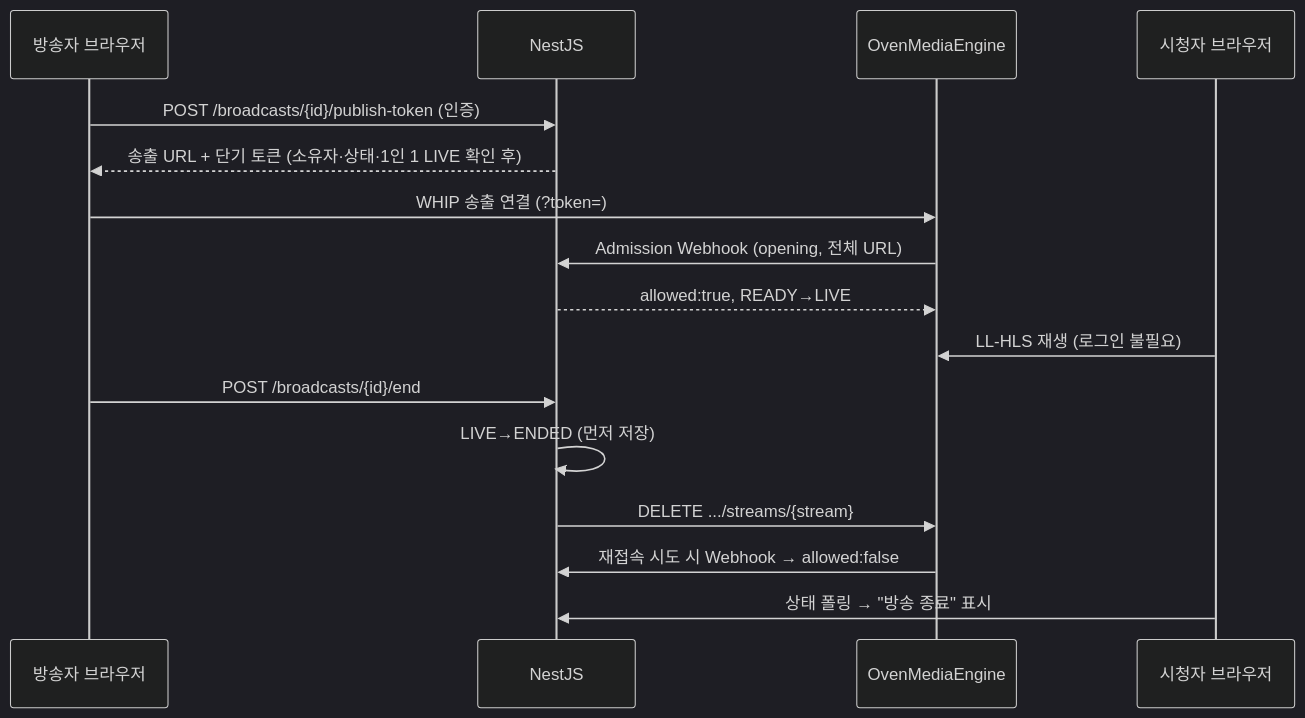
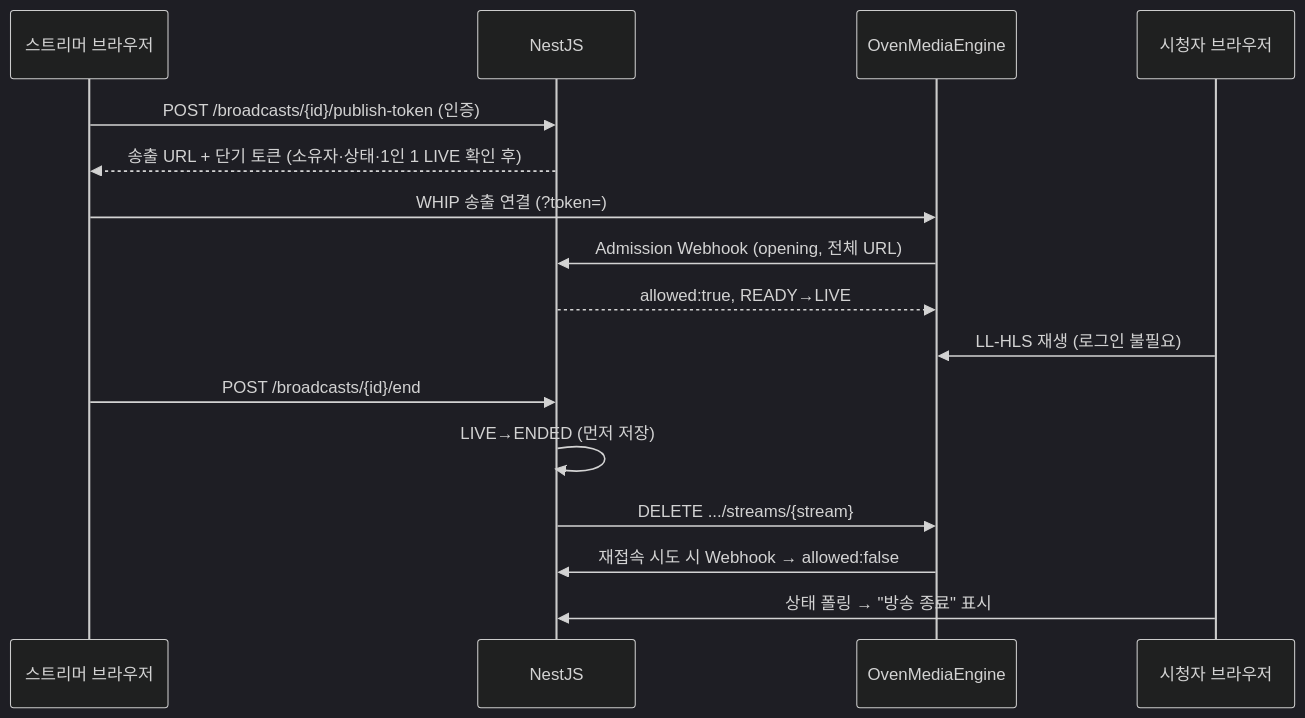
One commit to hyc7575/live-streaming-platform changed the third of 3 diagrams in docs/PRD.md. Above: the diagram before and after it, drawn with Mermaid (dark theme). The commit also changed other lines of this file and 2 other files, not shown here.

First line of the commit message:
docs: 방송 소유자 용어를 "스트리머"로 통일

````diff
--- a/docs/PRD.md
+++ b/docs/PRD.md
@@ -189,18 +189,18 @@
 ```mermaid
 sequenceDiagram
-    participant B as 방송자 브라우저
+    participant B as 스트리머 브라우저
     participant API as NestJS
     participant OME as OvenMediaEngine
     participant V as 시청자 브라우저
     B->>API: POST /broadcasts/{id}/publish-token (인증)
     API-->>B: 송출 URL + 단기 토큰 (소유자·상태·1인 1 LIVE 확인 후)
     B->>OME: WHIP 송출 연결 (?token=)
     OME->>API: Admission Webhook (opening, 전체 URL)
     API-->>OME: allowed:true, READY→LIVE
     V->>OME: LL-HLS 재생 (로그인 불필요)
     B->>API: POST /broadcasts/{id}/end
     API->>API: LIVE→ENDED (먼저 저장)
     API->>OME: DELETE .../streams/{stream}
     OME->>API: 재접속 시도 시 Webhook → allowed:false
     V->>API: 상태 폴링 → "방송 종료" 표시
 ```
````
